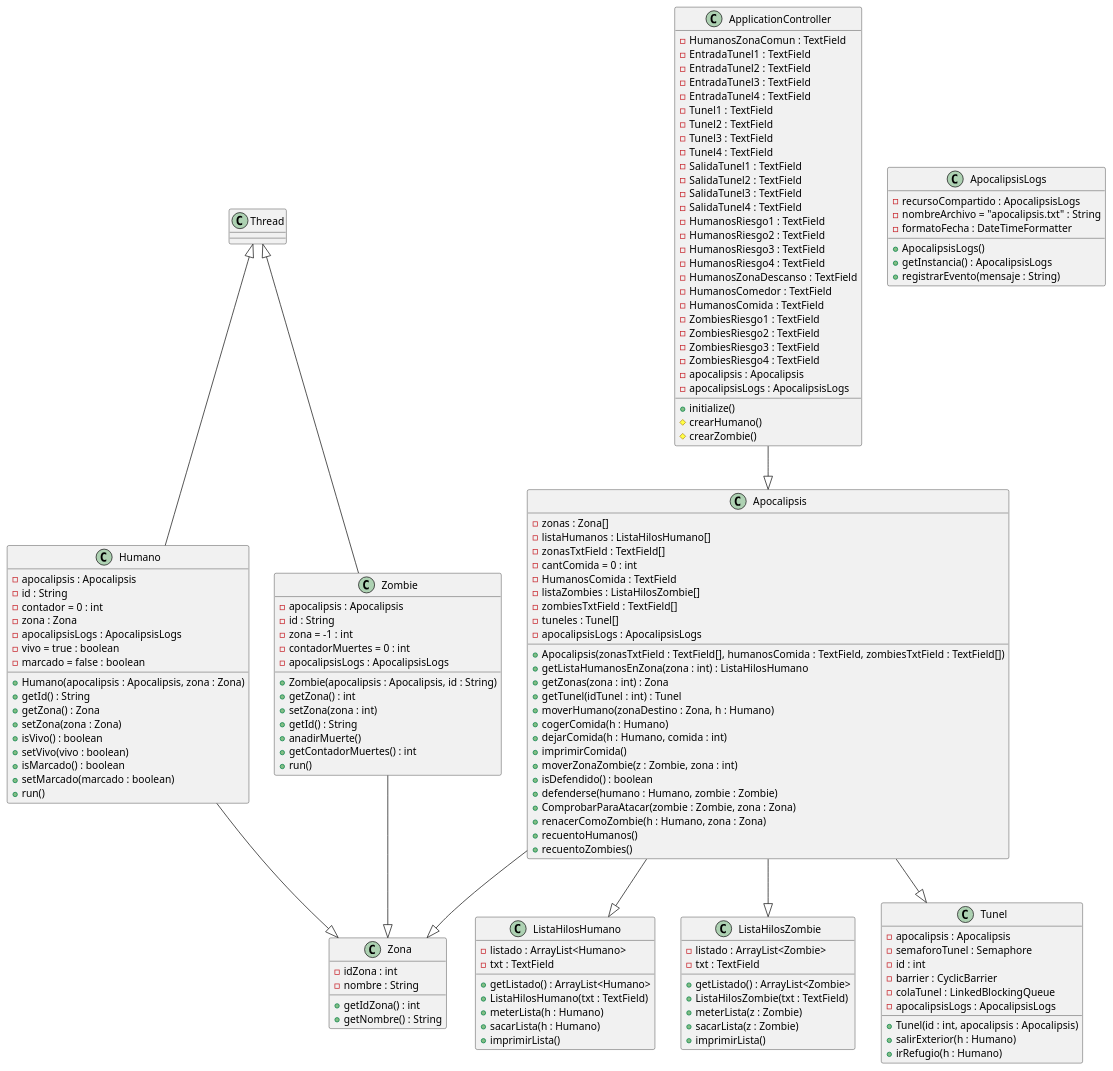
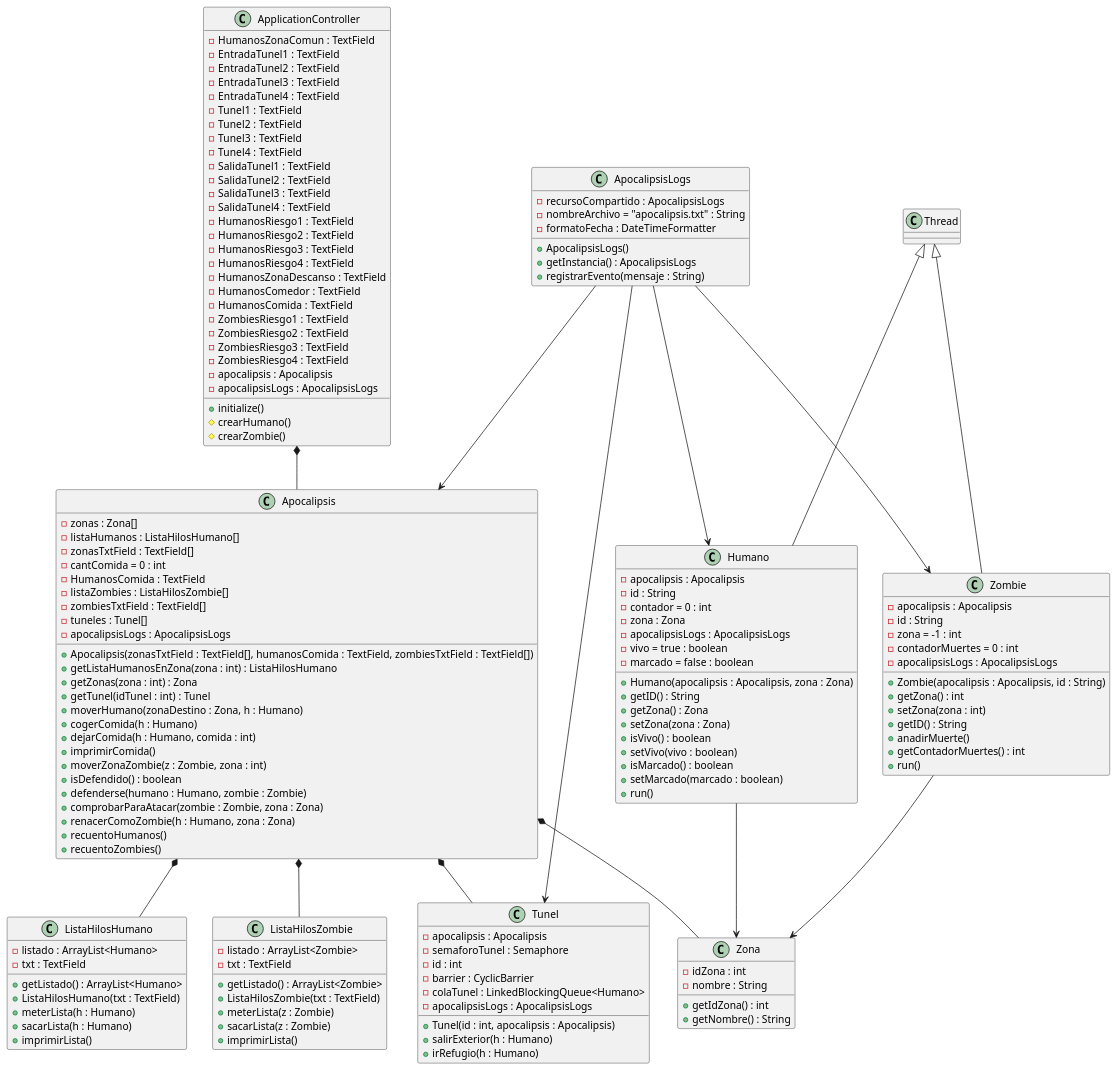
The diagram in DiagramaDeClases.puml (candelasanzm/PECL_CandelaSanz_Maria), drawn with PlantUML before and after one commit.

Commit message:
diagrama

```diff
--- a/DiagramaDeClases.puml
+++ b/DiagramaDeClases.puml
@@ -1,164 +1,169 @@
 @startuml
 'https://plantuml.com/class-diagram
 
 class Apocalipsis
 class ApocalipsisLogs
 class ApplicationController
 class Humano
 class ListaHilosHumano
 class ListaHilosZombie
 class Tunel
 class Zombie
 class Zona
 
 class Zona{
 -idZona : int
 -nombre : String
 +getIdZona() : int
 +getNombre() : String
 }
 
 class ListaHilosHumano{
 -listado : ArrayList<Humano>
 -txt : TextField
 +getListado() : ArrayList<Humano>
 +ListaHilosHumano(txt : TextField)
 +meterLista(h : Humano)
 +sacarLista(h : Humano)
 +imprimirLista()
 }
 
 class ListaHilosZombie{
 -listado : ArrayList<Zombie>
 -txt : TextField
 +getListado() : ArrayList<Zombie>
 +ListaHilosZombie(txt : TextField)
 +meterLista(z : Zombie)
 +sacarLista(z : Zombie)
 +imprimirLista()
 }
 
 class Tunel{
 -apocalipsis : Apocalipsis
 -semaforoTunel : Semaphore
 -id : int
 -barrier : CyclicBarrier
--colaTunel : LinkedBlockingQueue
+-colaTunel : LinkedBlockingQueue<Humano>
 -apocalipsisLogs : ApocalipsisLogs
 +Tunel(id : int, apocalipsis : Apocalipsis)
 +salirExterior(h : Humano)
 +irRefugio(h : Humano)
 }
 
 class Apocalipsis{
 -zonas : Zona[]
 -listaHumanos : ListaHilosHumano[]
 -zonasTxtField : TextField[]
 -cantComida = 0 : int
 -HumanosComida : TextField
 -listaZombies : ListaHilosZombie[]
 -zombiesTxtField : TextField[]
 -tuneles : Tunel[]
 -apocalipsisLogs : ApocalipsisLogs
 
 +Apocalipsis(zonasTxtField : TextField[], humanosComida : TextField, zombiesTxtField : TextField[])
 +getListaHumanosEnZona(zona : int) : ListaHilosHumano
 +getZonas(zona : int) : Zona
 +getTunel(idTunel : int) : Tunel
 +moverHumano(zonaDestino : Zona, h : Humano)
 +cogerComida(h : Humano)
 +dejarComida(h : Humano, comida : int)
 +imprimirComida()
 +moverZonaZombie(z : Zombie, zona : int)
 +isDefendido() : boolean
 +defenderse(humano : Humano, zombie : Zombie)
-+ComprobarParaAtacar(zombie : Zombie, zona : Zona)
++comprobarParaAtacar(zombie : Zombie, zona : Zona)
 +renacerComoZombie(h : Humano, zona : Zona)
 +recuentoHumanos()
 +recuentoZombies()
 }
 
 class Humano extends Thread {
 -apocalipsis : Apocalipsis
 -id : String
 -contador = 0 : int
 -zona : Zona
 -apocalipsisLogs : ApocalipsisLogs
 -vivo = true : boolean
 -marcado = false : boolean
 +Humano(apocalipsis : Apocalipsis, zona : Zona)
-+getId() : String
++getID() : String
 +getZona() : Zona
 +setZona(zona : Zona)
 +isVivo() : boolean
 +setVivo(vivo : boolean)
 +isMarcado() : boolean
 +setMarcado(marcado : boolean)
 +run()
 }
 
 class Zombie extends Thread{
 -apocalipsis : Apocalipsis
 -id : String
 -zona = -1 : int
 -contadorMuertes = 0 : int
 -apocalipsisLogs : ApocalipsisLogs
 +Zombie(apocalipsis : Apocalipsis, id : String)
 +getZona() : int
 +setZona(zona : int)
-+getId() : String
++getID() : String
 +anadirMuerte()
 +getContadorMuertes() : int
 +run()
 }
 
 class ApocalipsisLogs{
 -recursoCompartido : ApocalipsisLogs
 -nombreArchivo = "apocalipsis.txt" : String
 -formatoFecha : DateTimeFormatter
 +ApocalipsisLogs()
 +getInstancia() : ApocalipsisLogs
 +registrarEvento(mensaje : String)
 }
 
 class ApplicationController{
 -HumanosZonaComun : TextField
 -EntradaTunel1 : TextField
 -EntradaTunel2 : TextField
 -EntradaTunel3 : TextField
 -EntradaTunel4 : TextField
 -Tunel1 : TextField
 -Tunel2 : TextField
 -Tunel3 : TextField
 -Tunel4 : TextField
 -SalidaTunel1 : TextField
 -SalidaTunel2 : TextField
 -SalidaTunel3 : TextField
 -SalidaTunel4 : TextField
 -HumanosRiesgo1 : TextField
 -HumanosRiesgo2 : TextField
 -HumanosRiesgo3 : TextField
 -HumanosRiesgo4 : TextField
 -HumanosZonaDescanso : TextField
 -HumanosComedor : TextField
 -HumanosComida : TextField
 -ZombiesRiesgo1 : TextField
 -ZombiesRiesgo2 : TextField
 -ZombiesRiesgo3 : TextField
 -ZombiesRiesgo4 : TextField
 -apocalipsis : Apocalipsis
 -apocalipsisLogs : ApocalipsisLogs
 +initialize()
 #crearHumano()
 #crearZombie()
 }
 
-Apocalipsis --|> Zona
-Apocalipsis --|> ListaHilosHumano
-Apocalipsis --|> ListaHilosZombie
-Apocalipsis --|> Tunel
-Humano --|> Zona
-Zombie --|> Zona
-ApplicationController --|> Apocalipsis
+Apocalipsis *-- Zona
+Apocalipsis *-- ListaHilosHumano
+Apocalipsis *-- ListaHilosZombie
+Apocalipsis *-- Tunel
+Humano --> Zona
+Zombie --> Zona
+ApplicationController *-- Apocalipsis
+ApocalipsisLogs --> Apocalipsis
+ApocalipsisLogs --> Humano
+ApocalipsisLogs --> Zombie
+ApocalipsisLogs --> Tunel
+
 
 @enduml
```
